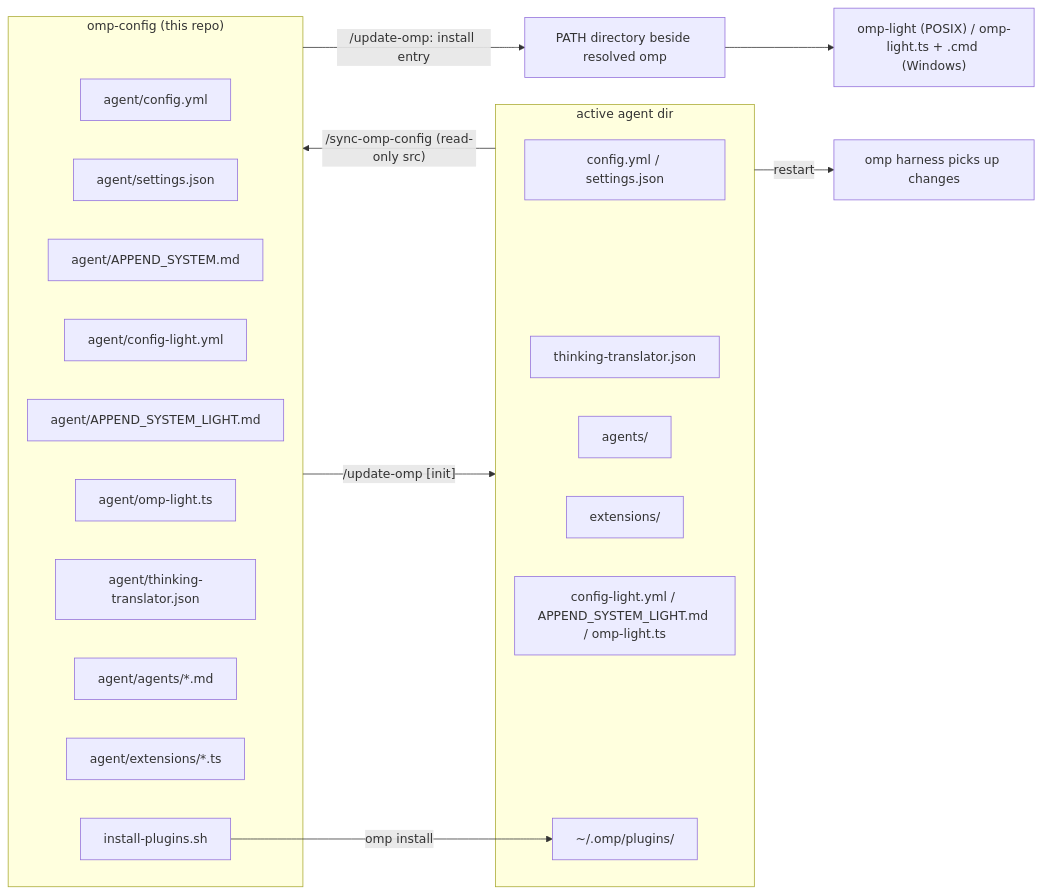
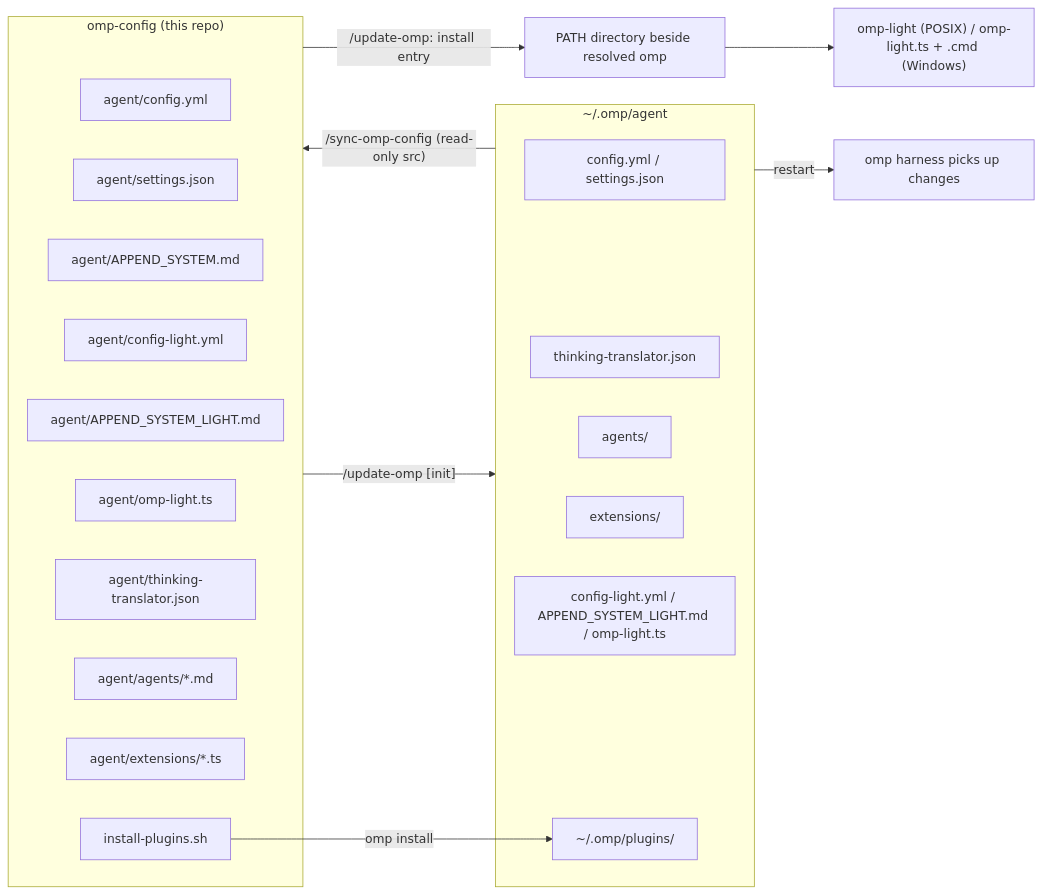
The diagram in AGENTS.md (mouriya-s-lab/omp-config), drawn with Mermaid before and after one commit. The commit also changed other lines of this file and 5 other files, not shown here.

First line of the commit message:
Standardize OMP paths on the default agent directory

````diff
--- a/AGENTS.md
+++ b/AGENTS.md
@@ -21,31 +21,31 @@
 ```mermaid
 flowchart LR
   subgraph repo["omp-config (this repo)"]
     A["agent/config.yml"]
     S["agent/settings.json"]
     P["agent/APPEND_SYSTEM.md"]
     L1["agent/config-light.yml"]
     L2["agent/APPEND_SYSTEM_LIGHT.md"]
     L3["agent/omp-light.ts"]
     T["agent/thinking-translator.json"]
     G["agent/agents/*.md"]
     E["agent/extensions/*.ts"]
     I["install-plugins.sh"]
   end
-  subgraph machine["active agent dir"]
+  subgraph machine["~/.omp/agent"]
     LA["config.yml / settings.json"]
     LT["thinking-translator.json"]
     LG["agents/"]
     LE["extensions/"]
     LL["config-light.yml / APPEND_SYSTEM_LIGHT.md / omp-light.ts"]
     PL["~/.omp/plugins/"]
   end
   O["PATH directory beside resolved omp"]
   M["omp-light (POSIX) / omp-light.ts + .cmd (Windows)"]
   repo -->|"/update-omp [init]"| machine
   repo -->|"/update-omp: install entry"| O
   O --> M
   machine -->|"/sync-omp-config (read-only src)"| repo
   I -->|"omp install"| PL
   machine -->|restart| H["omp harness picks up changes"]
 ```
````
